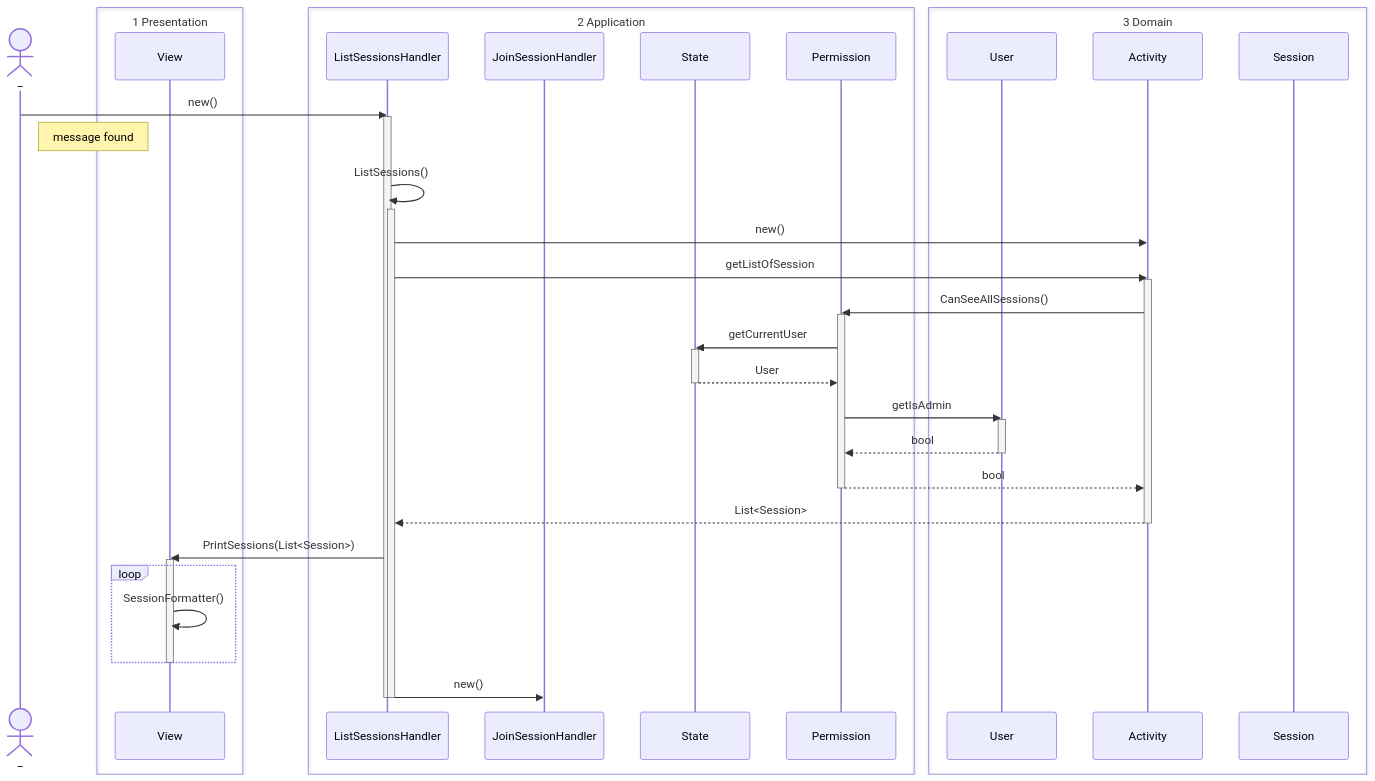
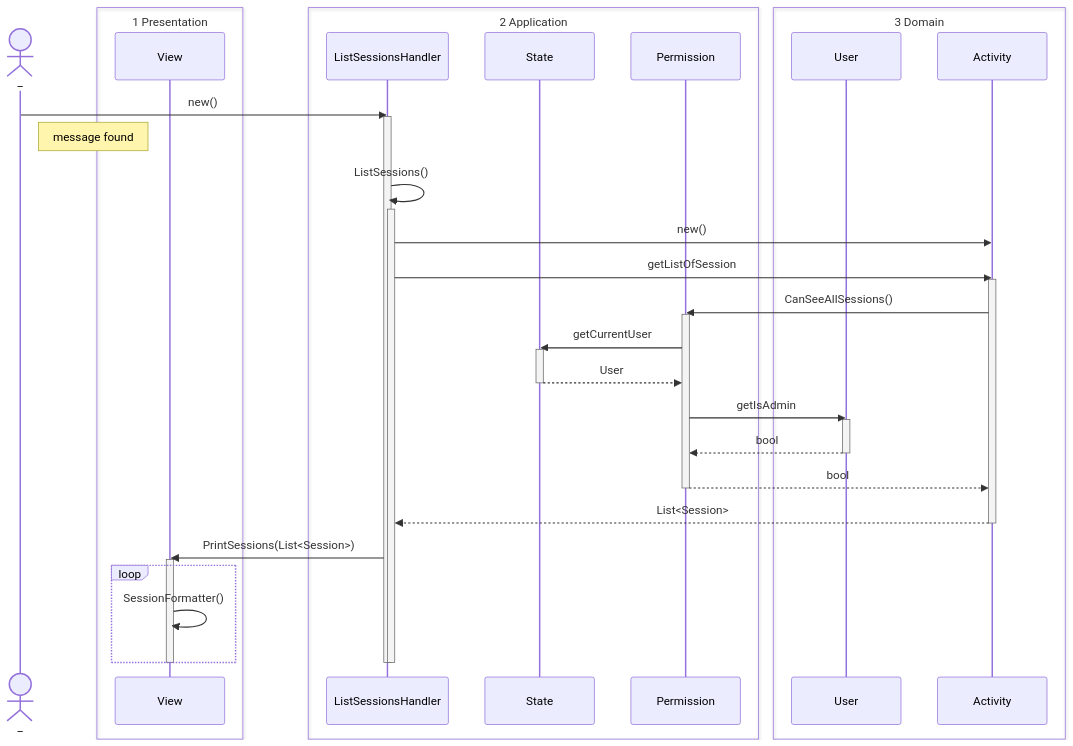
Before and after one commit to MatiasHeiberg/1.semesterprojekt: the sixth of 6 diagrams in 02 notes/Sekvensdiagram.md, drawn with Mermaid. The commit also changed other lines of this file, not shown here.

Commit message:
sekvensdiagram

````diff
--- a/02 notes/Sekvensdiagram.md
+++ b/02 notes/Sekvensdiagram.md
@@ -277,69 +275,65 @@
 ```mermaid
 sequenceDiagram
 
 actor _
 box 1 Presentation
 participant View
 end
 box 2 Application
 participant ListSessionsHandler 
-participant JoinSessionHandler 
 participant State
 participant Permission
 end
 box 3 Domain
 participant User 
 participant Activity
-participant Session
 end
 
 
 %% Message found
 _->>ListSessionsHandler: new()
 activate ListSessionsHandler
 Note right of _: message found
 	
 	ListSessionsHandler->>ListSessionsHandler: ListSessions()
 	activate ListSessionsHandler
 		
 		%% getListOfSessions
 		ListSessionsHandler->>Activity: new()
 		ListSessionsHandler->>Activity: getListOfSession
 		activate Activity
 			
 			%% FilterByPermission
 			Activity->>Permission: CanSeeAllSessions()
 			activate Permission
 			Permission->>State: getCurrentUser
 			activate State
 				
 				State-->>Permission: User
 				
 			deactivate State
 			Permission->>User: getIsAdmin
 			activate User
 				
 				User-->>Permission: bool
 				
 			deactivate User
 			Permission-->>Activity: bool
 			deactivate Permission
 			Activity-->>ListSessionsHandler: List<Session>
 			
 		deactivate Activity
 		
 		%% Print
 		ListSessionsHandler->>View: PrintSessions(List<Session>)
 		activate View
 			
 			loop
 			View->>View: SessionFormatter()
 			end
 		deactivate View
-		
-		ListSessionsHandler->>JoinSessionHandler: new()
-		
+				
 	deactivate ListSessionsHandler
 	
 deactivate ListSessionsHandler
 ```
````
